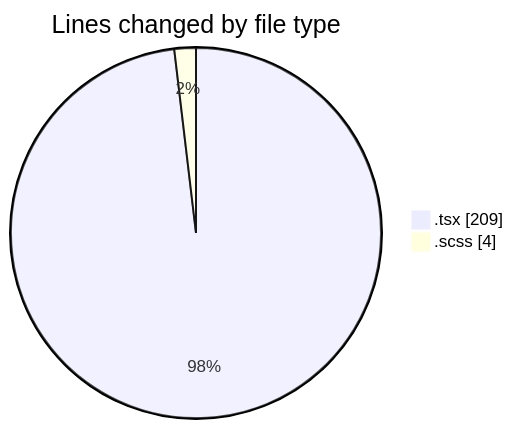
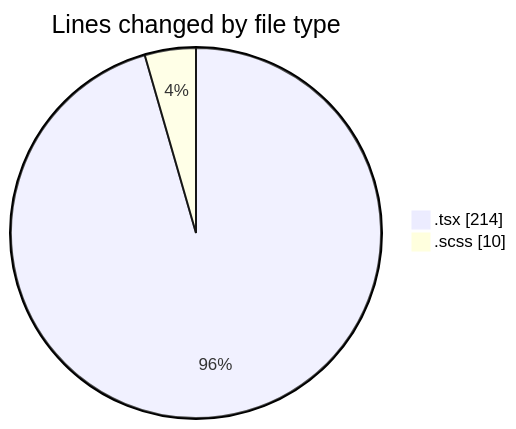
One commit to momahboobian/code-tracking changed the first of 2 diagrams in 2025-02-13/cda/README.md. Above: the diagram before and after it, drawn with Mermaid. The commit also changed other lines of this file and 1 other file, not shown here.

````diff
--- a/2025-02-13/cda/README.md
+++ b/2025-02-13/cda/README.md
@@ -24,6 +24,6 @@
 ```mermaid
 pie showData
 title Lines changed by file type
-".tsx" : 209
-".scss" : 4
+".tsx" : 214
+".scss" : 10
 ```
````
